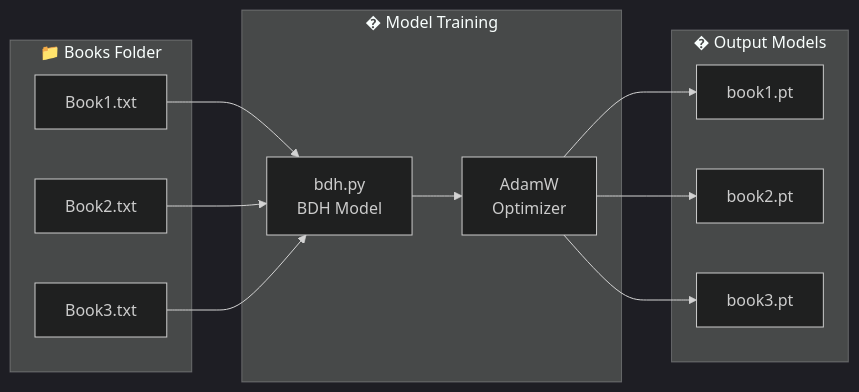
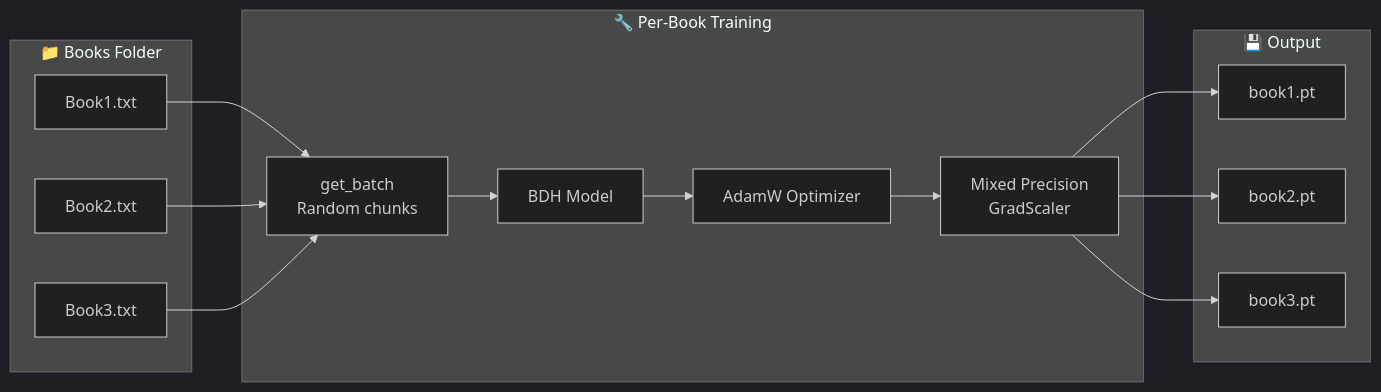
The second of 4 diagrams in README.md (knalins/kgp_hackathon_dvnkr), drawn with Mermaid (dark theme) before and after one commit. The commit also changed other lines of this file, not shown here.

````diff
--- a/README.md
+++ b/README.md
@@ -62,27 +61,31 @@
 ```mermaid
 flowchart LR
     subgraph Books["📁 Books Folder"]
         B1[Book1.txt]
         B2[Book2.txt]
         B3[Book3.txt]
     end
 
-    subgraph Training["� Model Training"]
-        BDH[bdh.py<br/>BDH Model]
-        OPT[AdamW<br/>Optimizer]
+    subgraph Training["🔧 Per-Book Training"]
+        GB[get_batch<br/>Random chunks]
+        BDH[BDH Model]
+        OPT[AdamW Optimizer]
+        AMP[Mixed Precision<br/>GradScaler]
     end
 
-    subgraph Output["� Output Models"]
+    subgraph Output["💾 Output"]
         M1[book1.pt]
         M2[book2.pt]
         M3[book3.pt]
     end
 
-    B1 --> BDH
-    B2 --> BDH
-    B3 --> BDH
+    B1 --> GB
+    B2 --> GB
+    B3 --> GB
+    GB --> BDH
     BDH --> OPT
-    OPT --> M1
-    OPT --> M2
-    OPT --> M3
+    OPT --> AMP
+    AMP --> M1
+    AMP --> M2
+    AMP --> M3
 ```
````
